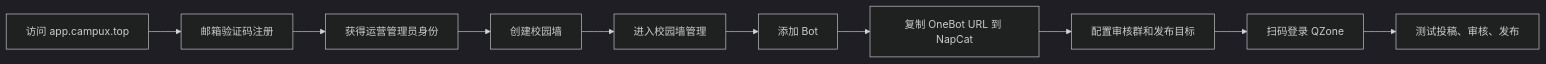
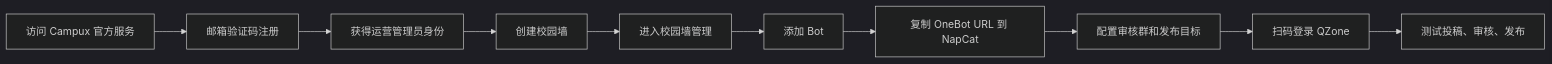
Before and after one commit to idoknow/Campux: the diagram in docs/operator/self-service-onboarding.md, drawn with Mermaid (dark theme). The commit also changed other lines of this file and 1 other file, not shown here.

Commit message:
docs: link official Campux service references

````diff
--- a/docs/operator/self-service-onboarding.md
+++ b/docs/operator/self-service-onboarding.md
@@ -23,12 +23,13 @@
 ```mermaid
 flowchart LR
-  A["访问 app.campux.top"] --> B["邮箱验证码注册"]
+  A["访问 Campux 官方服务"] --> B["邮箱验证码注册"]
   B --> C["获得运营管理员身份"]
   C --> D["创建校园墙"]
   D --> E["进入校园墙管理"]
   E --> F["添加 Bot"]
   F --> G["复制 OneBot URL 到 NapCat"]
   G --> H["配置审核群和发布目标"]
   H --> I["扫码登录 QZone"]
   I --> J["测试投稿、审核、发布"]
+  click A "https://app.campux.top" "打开 Campux 官方服务"
 ```
````
